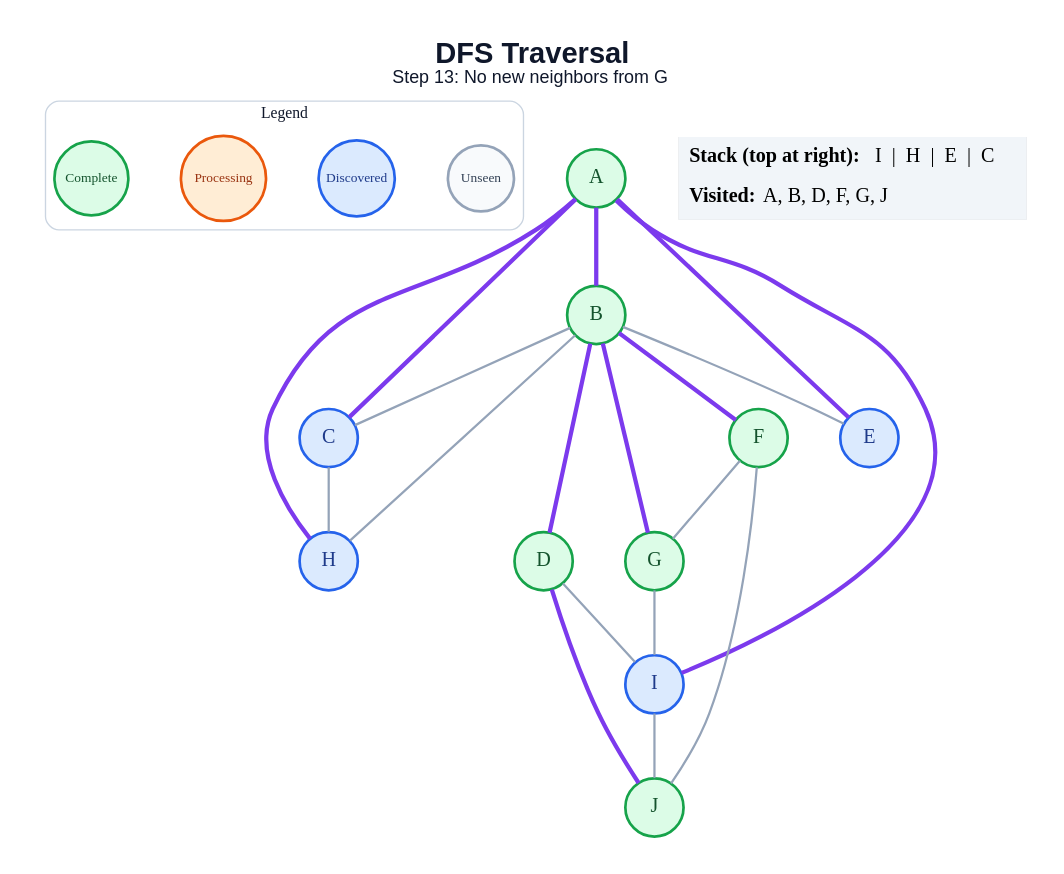
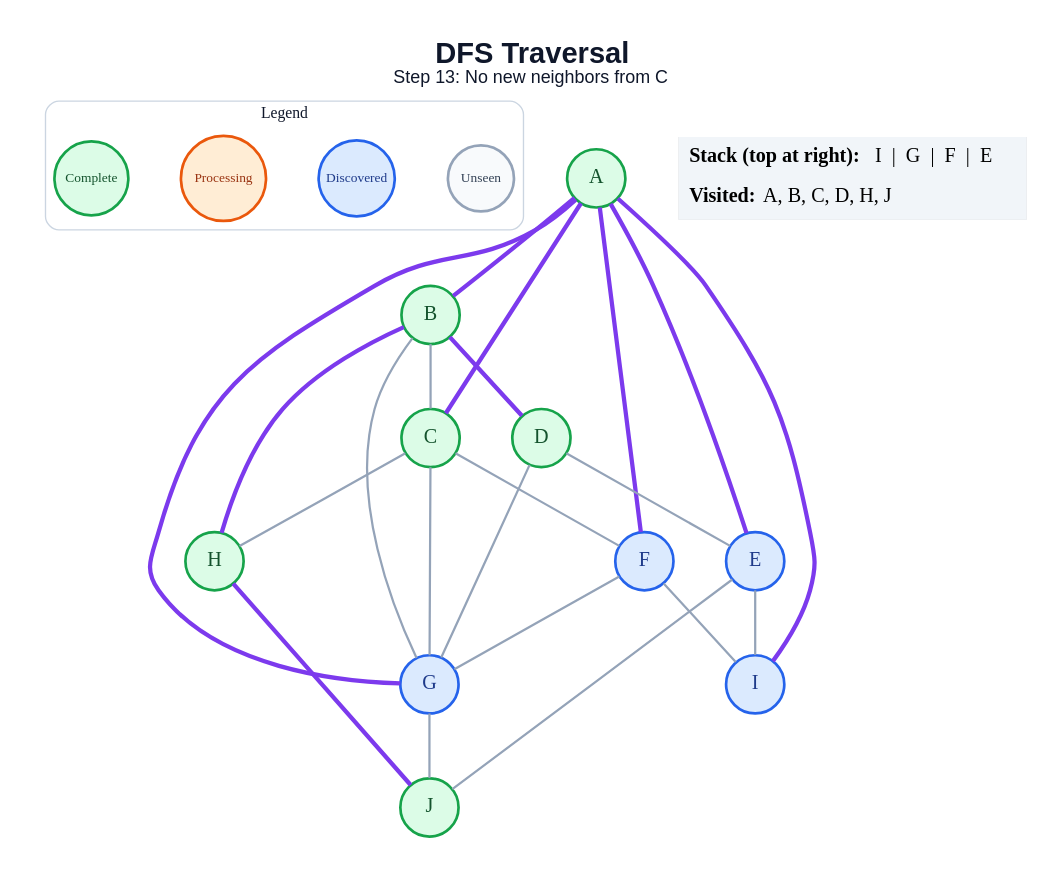
The diagram in generated/dfs/step_13.dot (amanghodawala9/ai-slop), drawn with Graphviz before and after one commit. The commit also changed 178 other files, not shown here.

```diff
--- a/generated/dfs/step_13.dot
+++ b/generated/dfs/step_13.dot
@@ -1,47 +1,50 @@
 graph traversal {
   graph [layout=dot, rankdir=TB, bgcolor="#FFFFFF", pad="0.35", nodesep="0.65", ranksep="0.8", fontname="Arial"];
   node [shape=circle, style="filled", fontname="Arial Bold", fontsize=18, width=0.72, fixedsize=true, penwidth=2.4];
   edge [color="#94A3B8", penwidth=2.0];
-  label=<<B>DFS Traversal</B><BR/><FONT POINT-SIZE="16">Step 13: No new neighbors from G</FONT>>; labelloc="t"; fontsize=26; fontname="Arial"; fontcolor="#0F172A";
+  label=<<B>DFS Traversal</B><BR/><FONT POINT-SIZE="16">Step 13: No new neighbors from C</FONT>>; labelloc="t"; fontsize=26; fontname="Arial"; fontcolor="#0F172A";
   subgraph cluster_legend { label="Legend"; color="#CBD5E1"; penwidth=1.2; style="rounded"; fontsize=14; fontname="Arial Bold";
     key_unseen [label="Unseen", fillcolor="#F8FAFC", color="#94A3B8", fontcolor="#334155", fontsize=12, width=0.82];
     key_frontier [label="Discovered", fillcolor="#DBEAFE", color="#2563EB", fontcolor="#1E3A8A", fontsize=12, width=0.95];
     key_current [label="Processing", fillcolor="#FFEDD5", color="#EA580C", fontcolor="#9A3412", fontsize=12, width=1.05];
     key_done [label="Complete", fillcolor="#DCFCE7", color="#16A34A", fontcolor="#14532D", fontsize=12, width=0.92];
     { rank=same; key_unseen; key_frontier; key_current; key_done; }
   }
   A [fillcolor="#DCFCE7", color="#16A34A", fontcolor="#14532D"];
   B [fillcolor="#DCFCE7", color="#16A34A", fontcolor="#14532D"];
-  C [fillcolor="#DBEAFE", color="#2563EB", fontcolor="#1E3A8A"];
+  C [fillcolor="#DCFCE7", color="#16A34A", fontcolor="#14532D"];
   D [fillcolor="#DCFCE7", color="#16A34A", fontcolor="#14532D"];
   E [fillcolor="#DBEAFE", color="#2563EB", fontcolor="#1E3A8A"];
-  F [fillcolor="#DCFCE7", color="#16A34A", fontcolor="#14532D"];
-  G [fillcolor="#DCFCE7", color="#16A34A", fontcolor="#14532D"];
-  H [fillcolor="#DBEAFE", color="#2563EB", fontcolor="#1E3A8A"];
+  F [fillcolor="#DBEAFE", color="#2563EB", fontcolor="#1E3A8A"];
+  G [fillcolor="#DBEAFE", color="#2563EB", fontcolor="#1E3A8A"];
+  H [fillcolor="#DCFCE7", color="#16A34A", fontcolor="#14532D"];
   I [fillcolor="#DBEAFE", color="#2563EB", fontcolor="#1E3A8A"];
   J [fillcolor="#DCFCE7", color="#16A34A", fontcolor="#14532D"];
   A -- B [color="#7C3AED", penwidth=3.8];
   A -- C [color="#7C3AED", penwidth=3.8];
   A -- E [color="#7C3AED", penwidth=3.8];
-  A -- H [color="#7C3AED", penwidth=3.8];
+  A -- F [color="#7C3AED", penwidth=3.8];
+  A -- G [color="#7C3AED", penwidth=3.8];
   A -- I [color="#7C3AED", penwidth=3.8];
   B -- C;
   B -- D [color="#7C3AED", penwidth=3.8];
-  B -- E;
-  B -- F [color="#7C3AED", penwidth=3.8];
-  B -- G [color="#7C3AED", penwidth=3.8];
-  B -- H;
+  B -- G;
+  B -- H [color="#7C3AED", penwidth=3.8];
+  C -- F;
+  C -- G;
   C -- H;
-  D -- I;
-  D -- J [color="#7C3AED", penwidth=3.8];
+  D -- E;
+  D -- G;
+  E -- I;
+  E -- J;
   F -- G;
-  F -- J;
-  G -- I;
-  I -- J;
+  F -- I;
+  G -- J;
+  H -- J [color="#7C3AED", penwidth=3.8];
   status [shape=plain, fixedsize=false, width=0, height=0, margin=0, label=<
     <TABLE BORDER="0" CELLBORDER="0" CELLPADDING="7" BGCOLOR="#F1F5F9">
-      <TR><TD ALIGN="LEFT"><B>Stack (top at right):</B> I  |  H  |  E  |  C</TD></TR>
-      <TR><TD ALIGN="LEFT"><B>Visited:</B> A, B, D, F, G, J</TD></TR>
+      <TR><TD ALIGN="LEFT"><B>Stack (top at right):</B> I  |  G  |  F  |  E</TD></TR>
+      <TR><TD ALIGN="LEFT"><B>Visited:</B> A, B, C, D, H, J</TD></TR>
     </TABLE>
   >];
 }
```
